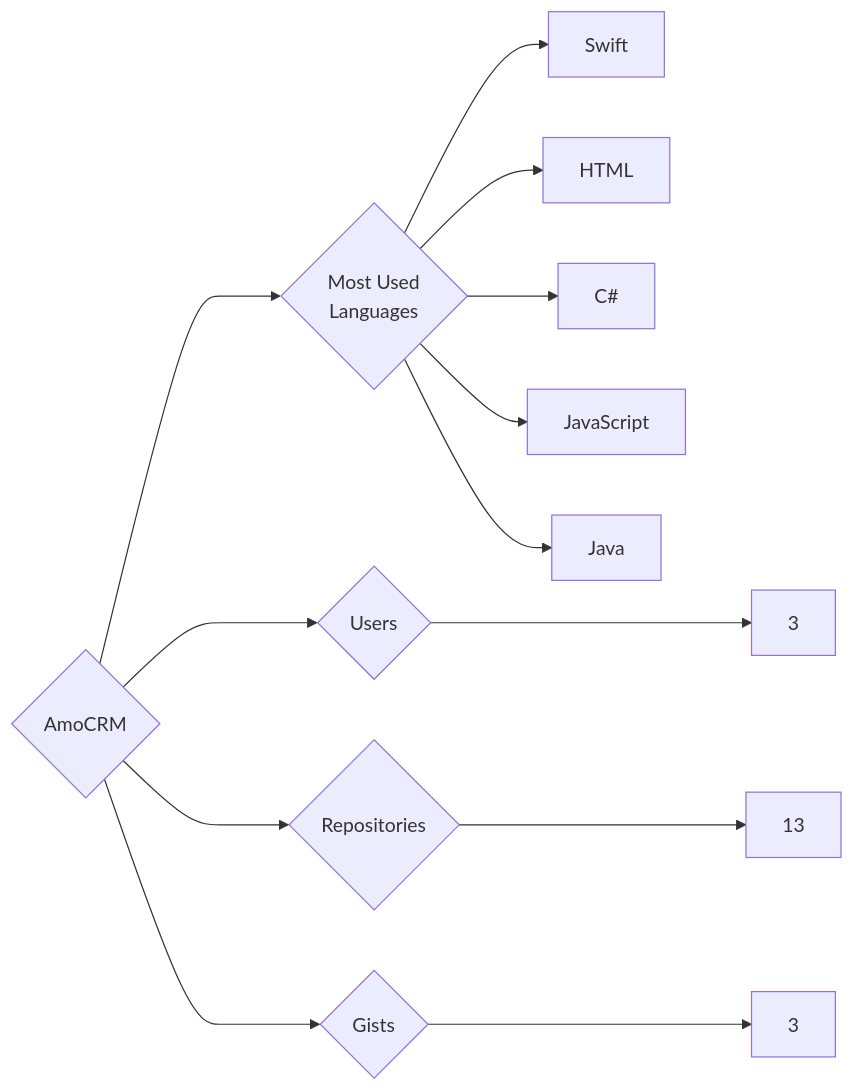
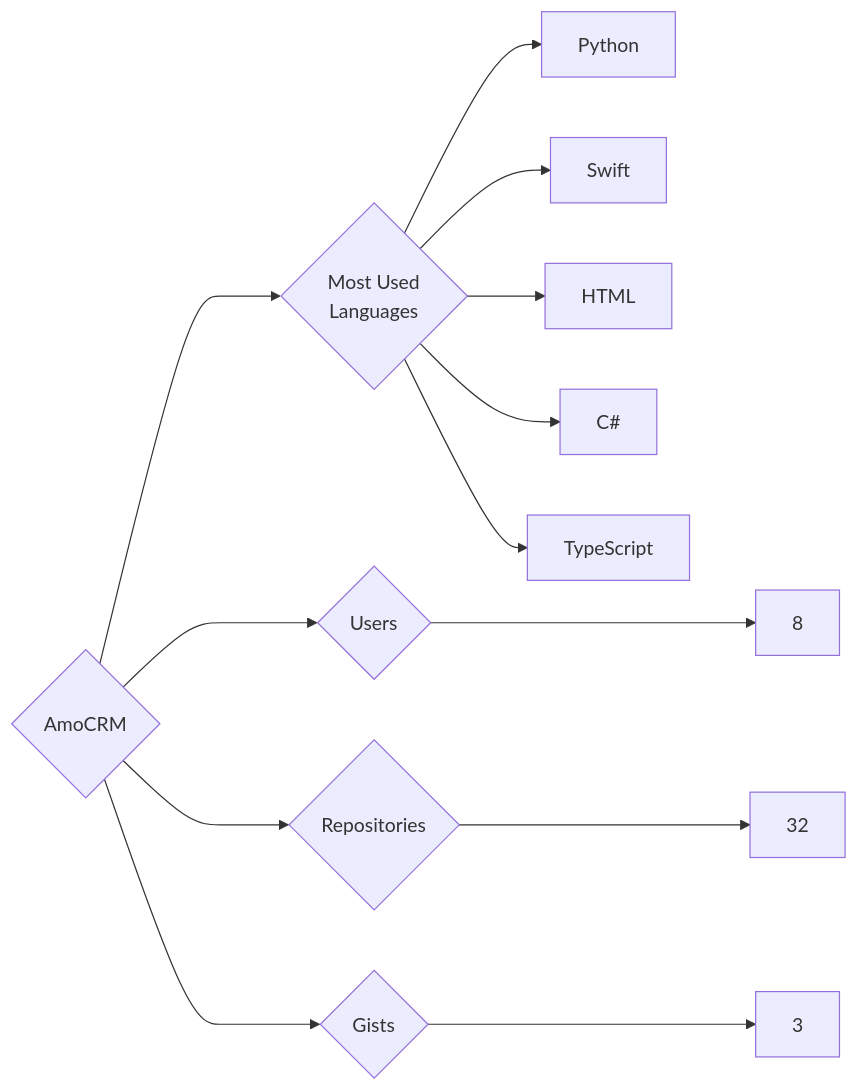
The diagram in targets/AmoCRM/README.md (trickest/insiders), drawn with Mermaid before and after one commit. The commit also changed 859 other files, not shown here.

````diff
--- a/targets/AmoCRM/README.md
+++ b/targets/AmoCRM/README.md
@@ -3,13 +3,13 @@
 ```mermaid
 graph LR
 COMPANY_NAME{AmoCRM}
-COMPANY_NAME ---> U{Users} ---> UN[3]
-COMPANY_NAME ---> R{Repositories} ---> RN[13]
+COMPANY_NAME ---> U{Users} ---> UN[8]
+COMPANY_NAME ---> R{Repositories} ---> RN[32]
 COMPANY_NAME ---> G{Gists} ---> GN[3]
 COMPANY_NAME ---> ML{Most Used<br>Languages}
+ML --> Python[Python]
 ML --> Swift[Swift]
 ML --> HTML[HTML]
 ML --> C#[C#]
-ML --> JavaScript[JavaScript]
-ML --> Java[Java]
+ML --> TypeScript[TypeScript]
 ```
````
